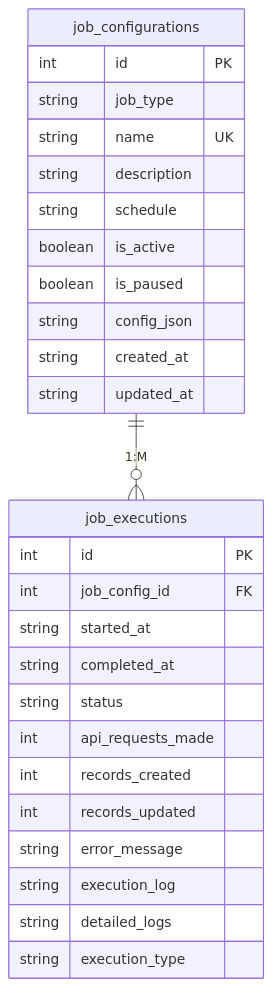
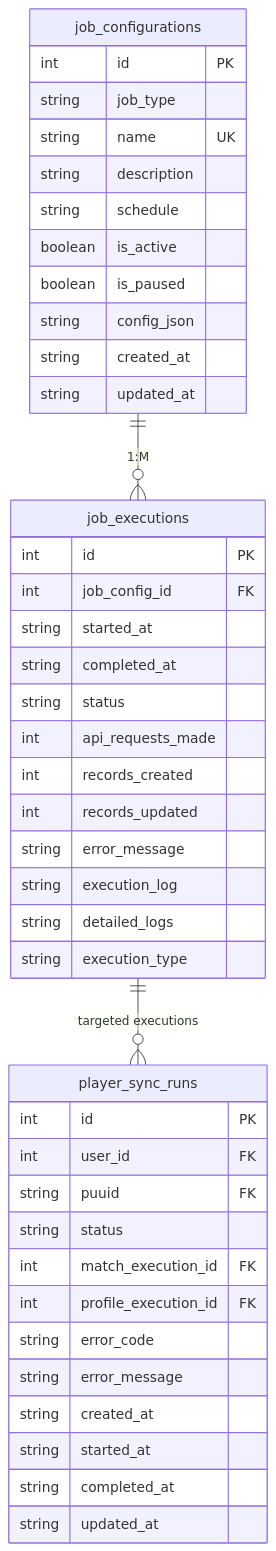
The third of 3 diagrams in docs/database.md (matejkadlec/league-analysis), drawn with Mermaid before and after one commit. The commit also changed other lines of this file and 54 other files, not shown here.

Commit message:
LGA-48 LGA-66 add player context and freshness sync

````diff
--- a/docs/database.md
+++ b/docs/database.md
@@ -232,32 +228,48 @@
 ```mermaid
 erDiagram
     job_configurations ||--o{ job_executions : "1:M"
+    job_executions ||--o{ player_sync_runs : "targeted executions"
 
     job_configurations {
         int id PK
         string job_type
         string name UK
         string description
         string schedule
         boolean is_active
         boolean is_paused
         string config_json
         string created_at
         string updated_at
     }
 
     job_executions {
         int id PK
         int job_config_id FK
         string started_at
         string completed_at
         string status
         int api_requests_made
         int records_created
         int records_updated
         string error_message
         string execution_log
         string detailed_logs
         string execution_type
     }
+
+    player_sync_runs {
+        int id PK
+        int user_id FK
+        string puuid FK
+        string status
+        int match_execution_id FK
+        int profile_execution_id FK
+        string error_code
+        string error_message
+        string created_at
+        string started_at
+        string completed_at
+        string updated_at
+    }
 ```
````
